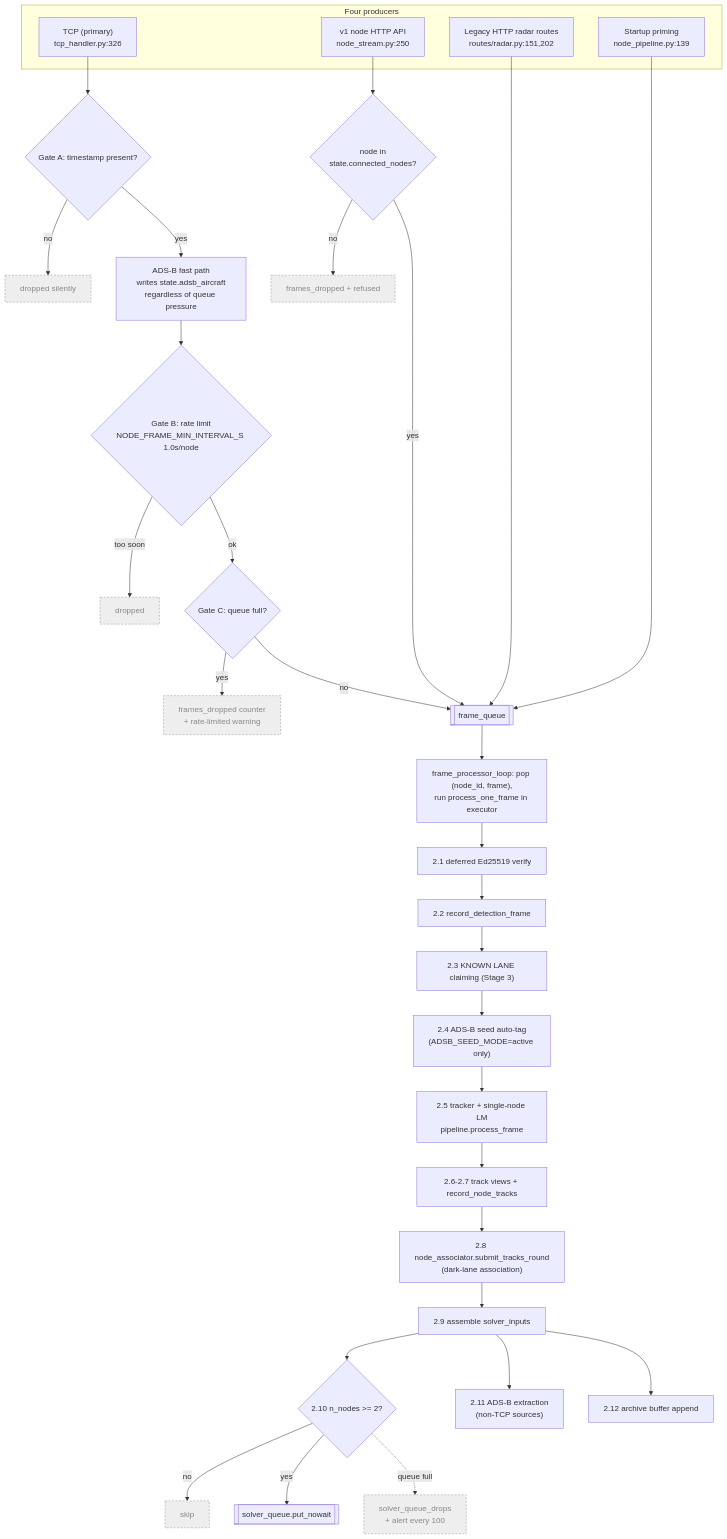
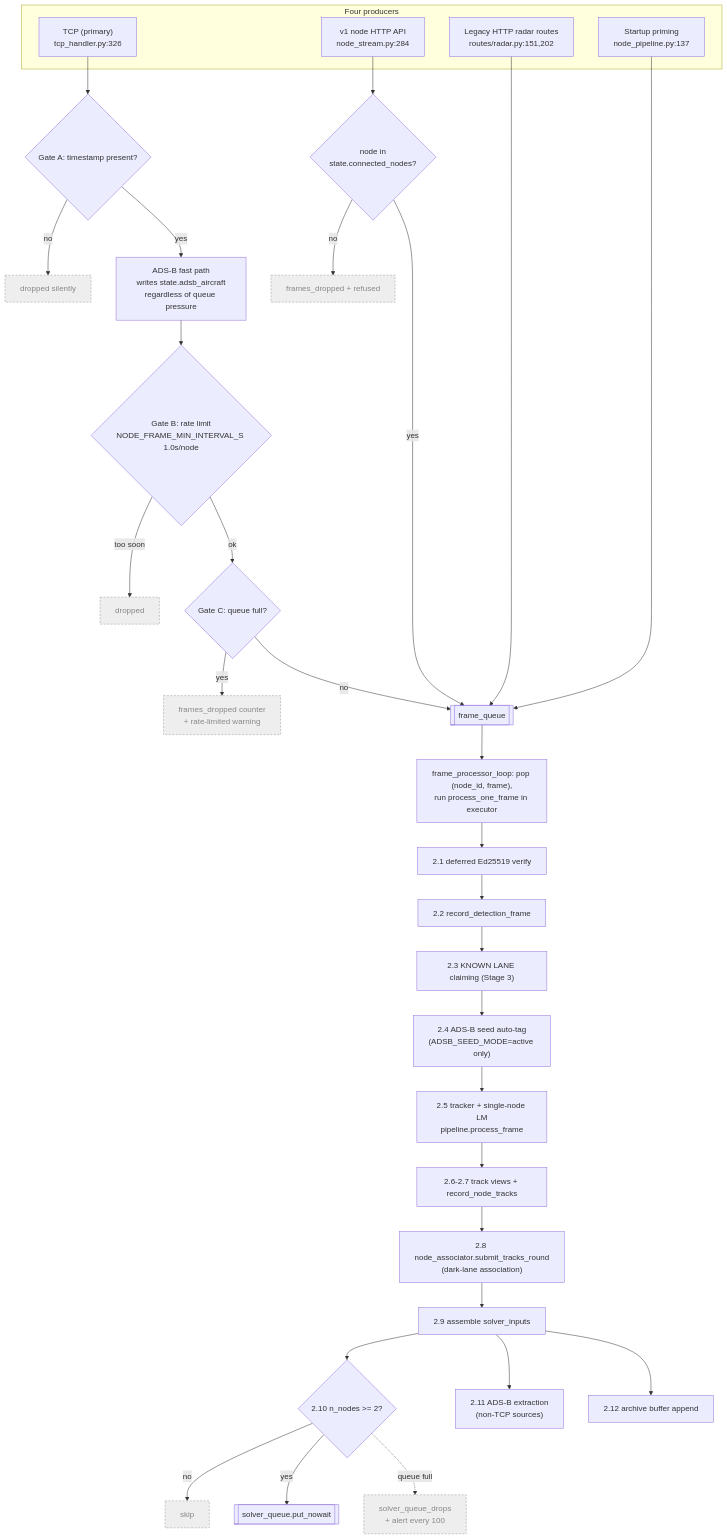
Before and after one commit to offworldlabs/retina-server: the third of 10 diagrams in docs/solverflow.md, drawn with Mermaid. The commit also changed 5 other files, not shown here.

````diff
--- a/docs/solverflow.md
+++ b/docs/solverflow.md
@@ -89,42 +89,42 @@
 ```mermaid
 flowchart TD
     subgraph producers["Four producers"]
         p1["TCP (primary)<br/>tcp_handler.py:326"]
-        p3["v1 node HTTP API<br/>node_stream.py:250"]
+        p3["v1 node HTTP API<br/>node_stream.py:284"]
         p4["Legacy HTTP radar routes<br/>routes/radar.py:151,202"]
-        p5["Startup priming<br/>node_pipeline.py:139"]
+        p5["Startup priming<br/>node_pipeline.py:137"]
     end
 
     p1 --> gA{"Gate A: timestamp present?"}
     gA -->|"no"| dropA["dropped silently"]:::inert
     gA -->|"yes"| adsbfast["ADS-B fast path<br/>writes state.adsb_aircraft<br/>regardless of queue pressure"]
     adsbfast --> gB{"Gate B: rate limit<br/>NODE_FRAME_MIN_INTERVAL_S 1.0s/node"}
     gB -->|"too soon"| dropB["dropped"]:::inert
     gB -->|"ok"| gC{"Gate C: queue full?"}
     gC -->|"yes"| dropC["frames_dropped counter<br/>+ rate-limited warning"]:::inert
     gC -->|"no"| fq[["frame_queue"]]
 
     p3 --> gD{"node in<br/>state.connected_nodes?"}
     gD -->|"no"| dropD["frames_dropped + refused"]:::inert
     gD -->|"yes"| fq
     p4 --> fq
     p5 --> fq
 
     fq --> drain["frame_processor_loop: pop (node_id, frame),<br/>run process_one_frame in executor"]
     drain --> s21["2.1 deferred Ed25519 verify"]
     s21 --> s22["2.2 record_detection_frame"]
     s22 --> s23["2.3 KNOWN LANE claiming (Stage 3)"]
     s23 --> s24["2.4 ADS-B seed auto-tag<br/>(ADSB_SEED_MODE=active only)"]
     s24 --> s25["2.5 tracker + single-node LM<br/>pipeline.process_frame"]
     s25 --> s26["2.6-2.7 track views + record_node_tracks"]
     s26 --> s28["2.8 node_associator.submit_tracks_round<br/>(dark-lane association)"]
     s28 --> s29["2.9 assemble solver_inputs"]
     s29 --> gE{"2.10 n_nodes >= 2?"}
     gE -->|"no"| skipE["skip"]:::inert
     gE -->|"yes"| sq[["solver_queue.put_nowait"]]
     gE -.->|"queue full"| dropE["solver_queue_drops<br/>+ alert every 100"]:::inert
     s29 --> s211["2.11 ADS-B extraction<br/>(non-TCP sources)"]
     s29 --> s212["2.12 archive buffer append"]
 
     classDef inert fill:#eee,stroke:#999,color:#888,stroke-dasharray: 4 3
 ```
````
